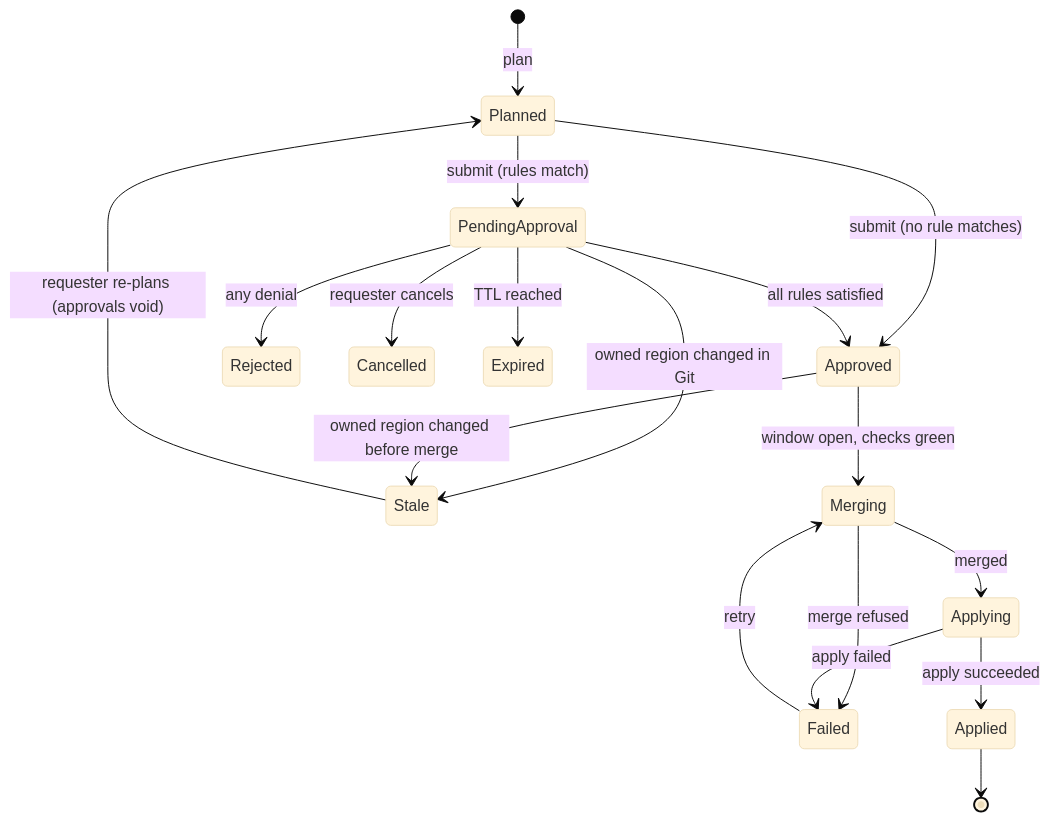
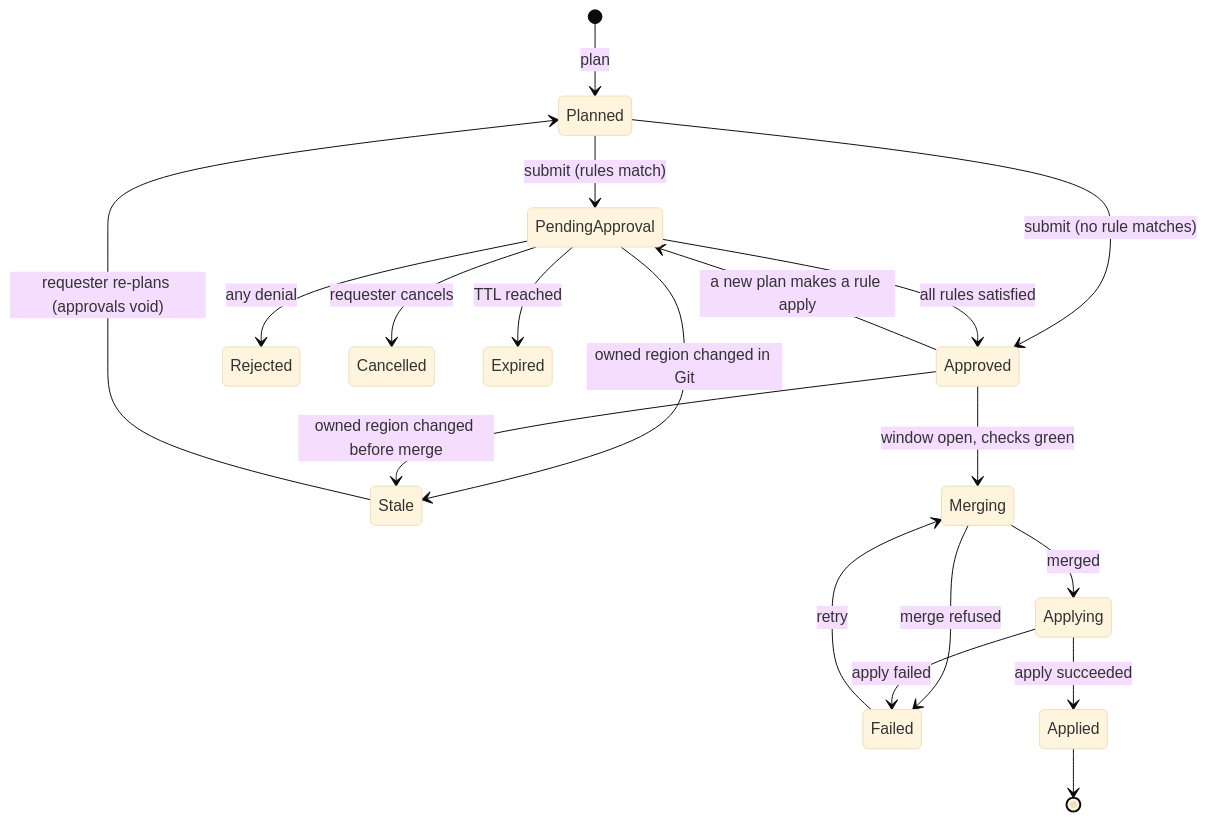
The second of 2 diagrams in docs/architecture/domain-model.md (damhau/quai), drawn with Mermaid (base theme) before and after one commit. The commit also changed 28 other files, not shown here.

````diff
--- a/docs/architecture/domain-model.md
+++ b/docs/architecture/domain-model.md
@@ -67,20 +67,21 @@
 ```mermaid
 stateDiagram-v2
   [*] --> Planned: plan
   Planned --> PendingApproval: submit (rules match)
   Planned --> Approved: submit (no rule matches)
   PendingApproval --> Approved: all rules satisfied
   PendingApproval --> Rejected: any denial
   PendingApproval --> Cancelled: requester cancels
   PendingApproval --> Expired: TTL reached
   PendingApproval --> Stale: owned region changed in Git
   Approved --> Stale: owned region changed before merge
+  Approved --> PendingApproval: a new plan makes a rule apply
   Approved --> Merging: window open, checks green
   Merging --> Applying: merged
   Merging --> Failed: merge refused
   Applying --> Applied: apply succeeded
   Applying --> Failed: apply failed
   Stale --> Planned: requester re-plans (approvals void)
   Failed --> Merging: retry
   Applied --> [*]
 ```
````
